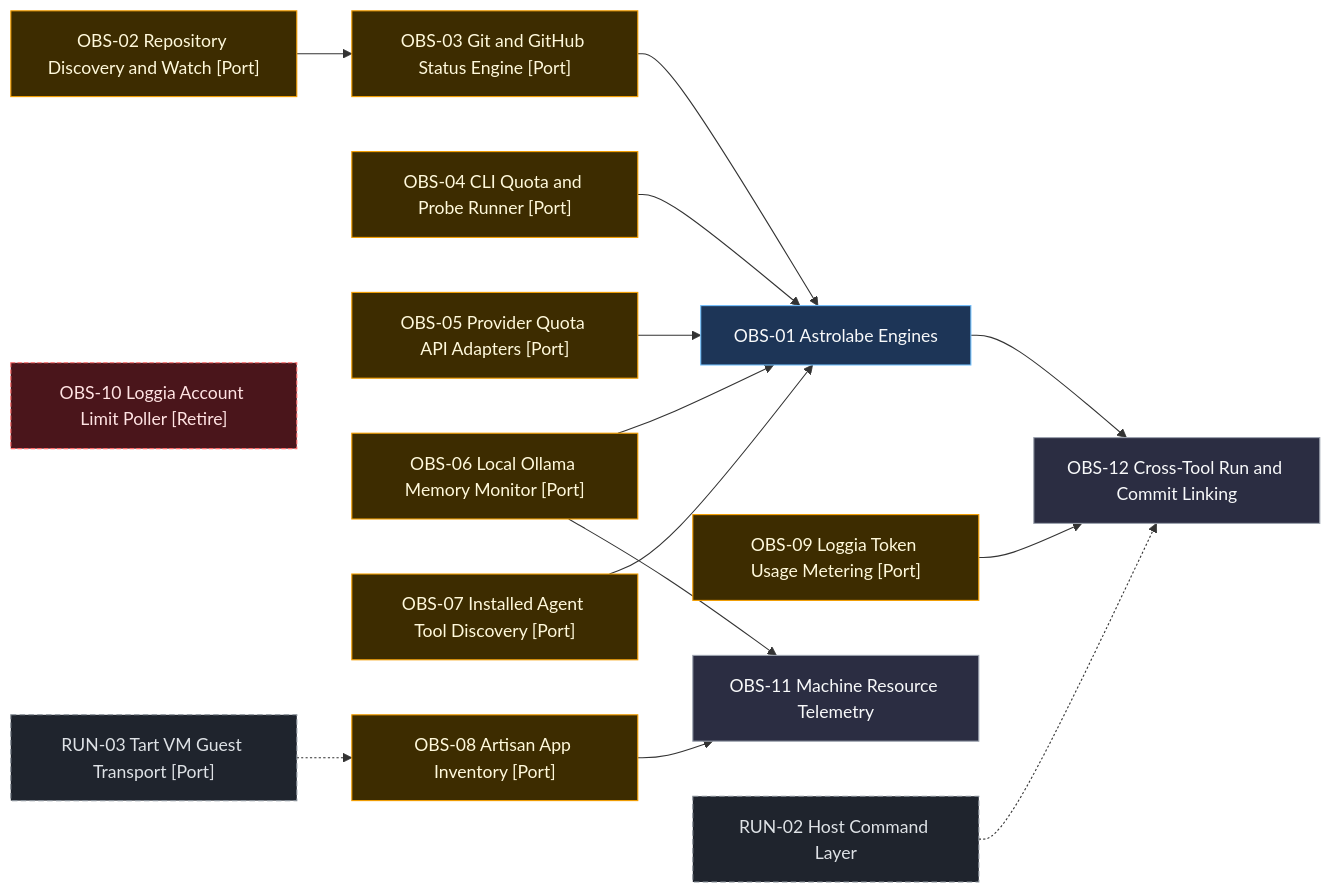
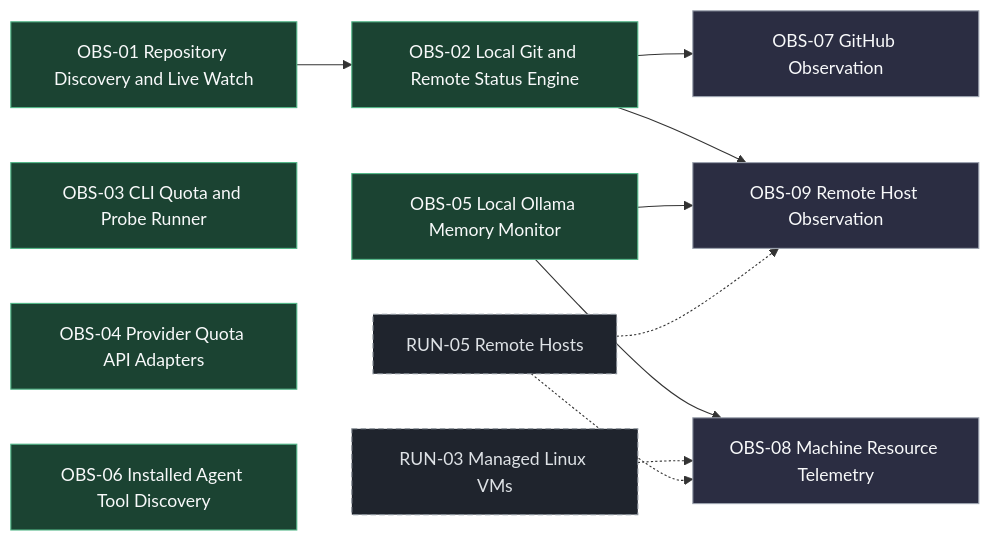
Before and after one commit to AhmedKhan-GH/astrolabe: the first of 5 diagrams in docs/roadmap/index.md, drawn with Mermaid. The commit also changed other lines of this file and 8 other files, not shown here.

Commit message:
Rebuild roadmap registry around shipped and planned product features

````diff
--- a/docs/roadmap/index.md
+++ b/docs/roadmap/index.md
@@ -60,39 +34,25 @@
 ```mermaid
 flowchart LR
-  OBS_01["OBS-01 Astrolabe Engines"]:::built
-  OBS_02["OBS-02 Repository Discovery and Watch [Port]"]:::existing_port
-  OBS_03["OBS-03 Git and GitHub Status Engine [Port]"]:::existing_port
-  OBS_04["OBS-04 CLI Quota and Probe Runner [Port]"]:::existing_port
-  OBS_05["OBS-05 Provider Quota API Adapters [Port]"]:::existing_port
-  OBS_06["OBS-06 Local Ollama Memory Monitor [Port]"]:::existing_port
-  OBS_07["OBS-07 Installed Agent Tool Discovery [Port]"]:::existing_port
-  OBS_08["OBS-08 Artisan App Inventory [Port]"]:::existing_port
-  OBS_09["OBS-09 Loggia Token Usage Metering [Port]"]:::existing_port
-  OBS_10["OBS-10 Loggia Account Limit Poller [Retire]"]:::existing_retire
-  OBS_11["OBS-11 Machine Resource Telemetry"]:::planned
-  OBS_12["OBS-12 Cross-Tool Run and Commit Linking"]:::planned
-  RUN_02["RUN-02 Host Command Layer"]:::external
-  RUN_03["RUN-03 Tart VM Guest Transport [Port]"]:::external
-  OBS_03 --> OBS_01
-  OBS_04 --> OBS_01
-  OBS_05 --> OBS_01
-  OBS_06 --> OBS_01
-  OBS_07 --> OBS_01
-  OBS_02 --> OBS_03
+  OBS_01["OBS-01 Repository Discovery and Live Watch"]:::shipped
+  OBS_02["OBS-02 Local Git and Remote Status Engine"]:::shipped
+  OBS_03["OBS-03 CLI Quota and Probe Runner"]:::shipped
+  OBS_04["OBS-04 Provider Quota API Adapters"]:::shipped
+  OBS_05["OBS-05 Local Ollama Memory Monitor"]:::shipped
+  OBS_06["OBS-06 Installed Agent Tool Discovery"]:::shipped
+  OBS_07["OBS-07 GitHub Observation"]:::planned
+  OBS_08["OBS-08 Machine Resource Telemetry"]:::planned
+  OBS_09["OBS-09 Remote Host Observation"]:::planned
+  RUN_03["RUN-03 Managed Linux VMs"]:::external
+  RUN_05["RUN-05 Remote Hosts"]:::external
+  OBS_01 --> OBS_02
+  OBS_02 --> OBS_07
+  OBS_05 --> OBS_08
   RUN_03 -.-> OBS_08
-  OBS_06 --> OBS_11
-  OBS_08 --> OBS_11
-  OBS_01 --> OBS_12
-  OBS_09 --> OBS_12
-  RUN_02 -.-> OBS_12
+  RUN_05 -.-> OBS_08
+  OBS_02 --> OBS_09
+  OBS_05 --> OBS_09
+  RUN_05 -.-> OBS_09
   classDef shipped fill:#1b4332,stroke:#52b788,color:#f8f9fa
-  classDef built fill:#1d3557,stroke:#74c0fc,color:#f8f9fa
-  classDef progress fill:#1d3557,stroke:#ffd43b,color:#f8f9fa,stroke-dasharray:4 2
-  classDef existing_port fill:#3d2c00,stroke:#f59f00,color:#fff9db
-  classDef existing_reuse fill:#103c42,stroke:#22b8cf,color:#e3fafc
-  classDef existing_retire fill:#4a151b,stroke:#ff6b6b,color:#ffe3e3,stroke-dasharray:4 2
   classDef planned fill:#2b2d42,stroke:#9ca3af,color:#f8f9fa
-  classDef idea fill:#2e1f47,stroke:#b197fc,color:#f3f0ff,stroke-dasharray:3 3
-  classDef decision fill:#5c2b00,stroke:#ff922b,color:#fff4e6
   classDef external fill:#1f242d,stroke:#868e96,color:#dee2e6,stroke-dasharray:5 3
 ```
````
